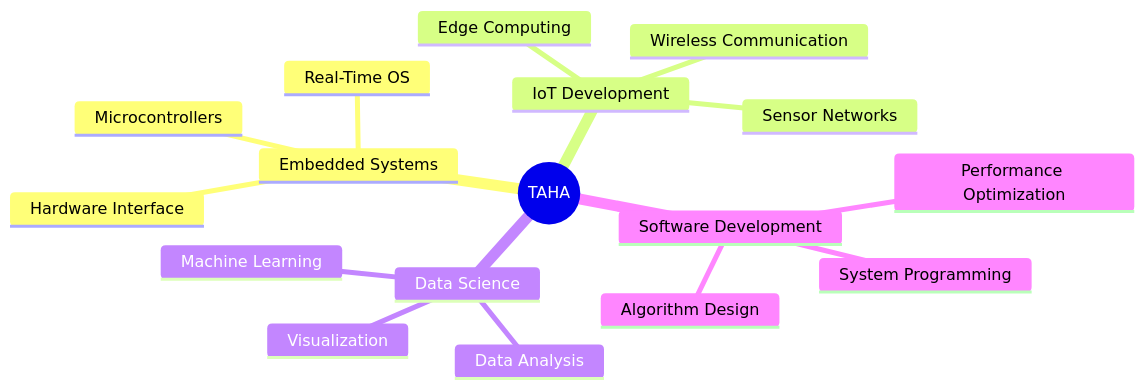
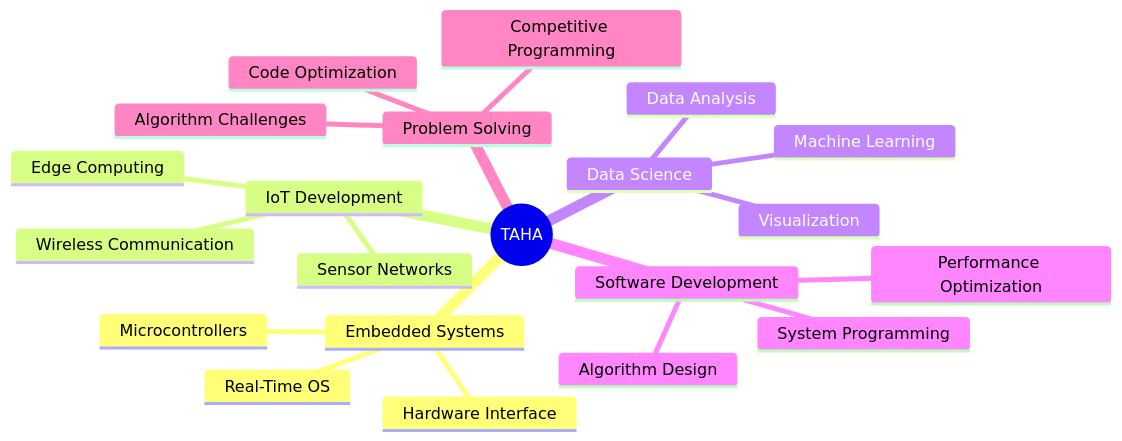
One commit to tahazz5/tahazz5 changed the diagram in README.md. Above: the diagram before and after it, drawn with Mermaid. The commit also changed other lines of this file, not shown here.

````diff
--- a/README.md
+++ b/README.md
@@ -52,20 +52,24 @@
 ```mermaid
 mindmap
   root((TAHA))
     Embedded Systems
       Real-Time OS
       Microcontrollers
       Hardware Interface
     IoT Development
       Sensor Networks
       Wireless Communication
       Edge Computing
     Data Science
       Machine Learning
       Data Analysis
       Visualization
     Software Development
       System Programming
       Algorithm Design
       Performance Optimization
+    Problem Solving
+      Competitive Programming
+      Algorithm Challenges
+      Code Optimization
 ```
````
